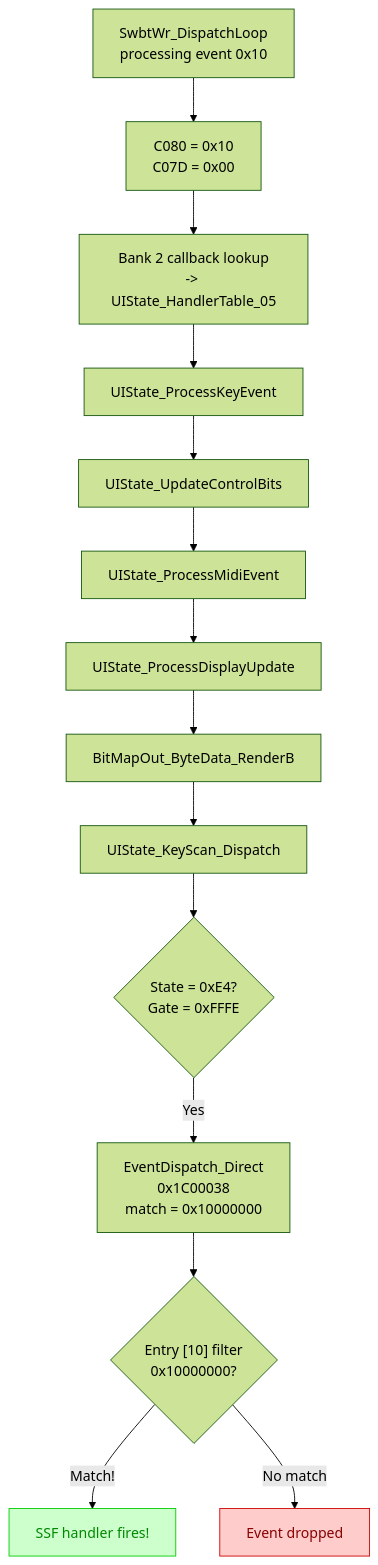
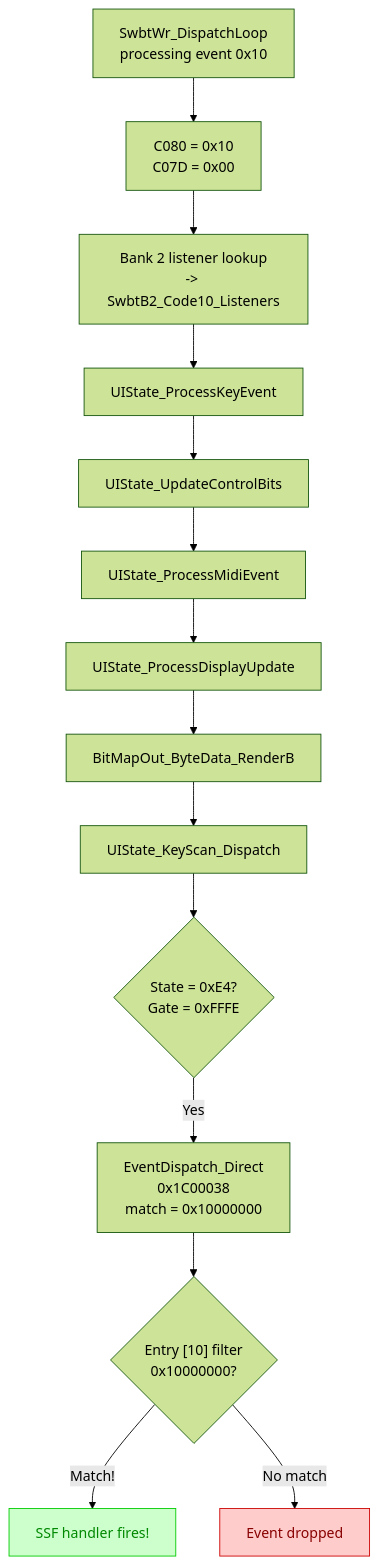
One commit to ArqueologiaDigital/technics-docs changed the tenth of 12 diagrams in ssf-presentation.md. Above: the diagram before and after it, drawn with Mermaid (forest theme). The commit also changed other lines of this file and 3 other files, not shown here.

First line of the commit message:
sweep: names the Wave 2 lanes renamed (MIDI system handlers, algo case tables, SwbtWr listener lists)

````diff
--- a/ssf-presentation.md
+++ b/ssf-presentation.md
@@ -1084,19 +1090,19 @@
 ```mermaid
 flowchart TD
     LOOP["SwbtWr_DispatchLoop<br/>processing event 0x10"] --> WRITE["C080 = 0x10<br/>C07D = 0x00"]
-    WRITE --> BANK2["Bank 2 callback lookup<br/>-> UIState_HandlerTable_05"]
+    WRITE --> BANK2["Bank 2 listener lookup<br/>-> SwbtB2_Code10_Listeners"]
     BANK2 --> F1["UIState_ProcessKeyEvent"]
     F1 --> F2["UIState_UpdateControlBits"]
     F2 --> F3["UIState_ProcessMidiEvent"]
     F3 --> F4["UIState_ProcessDisplayUpdate"]
     F4 --> F5["BitMapOut_ByteData_RenderB"]
     F5 --> F6["UIState_KeyScan_Dispatch"]
     F6 --> GATE{"State = 0xE4?<br/>Gate = 0xFFFE"}
     GATE -- "Yes" --> DISPATCH["EventDispatch_Direct<br/>0x1C00038<br/>match = 0x10000000"]
     DISPATCH --> FILTER{"Entry [10] filter<br/>0x10000000?"}
     FILTER -- "Match!" --> SSF["SSF handler fires!"]
     FILTER -- "No match" --> DROP["Event dropped"]
 
     style SSF fill:#cfc,stroke:#0c0,color:#080
     style DROP fill:#fcc,stroke:#c00,color:#800
 ```
````
